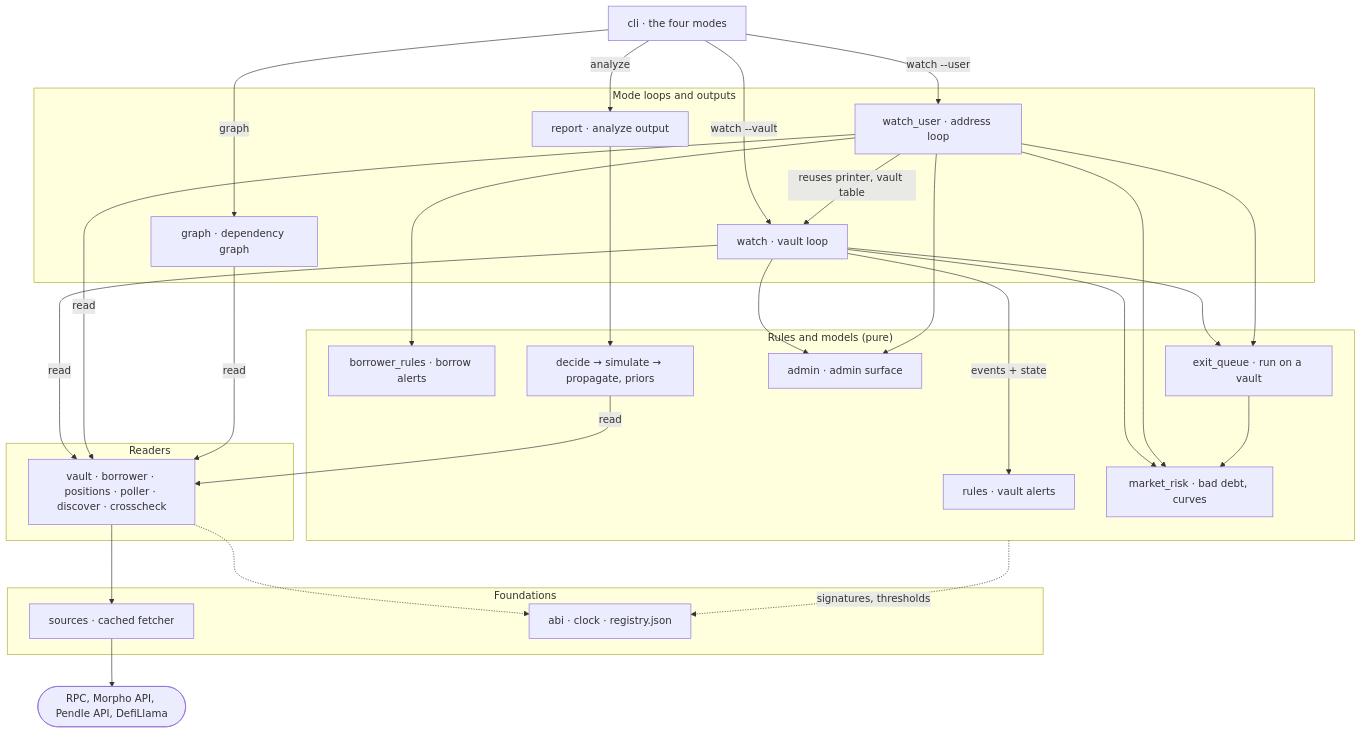
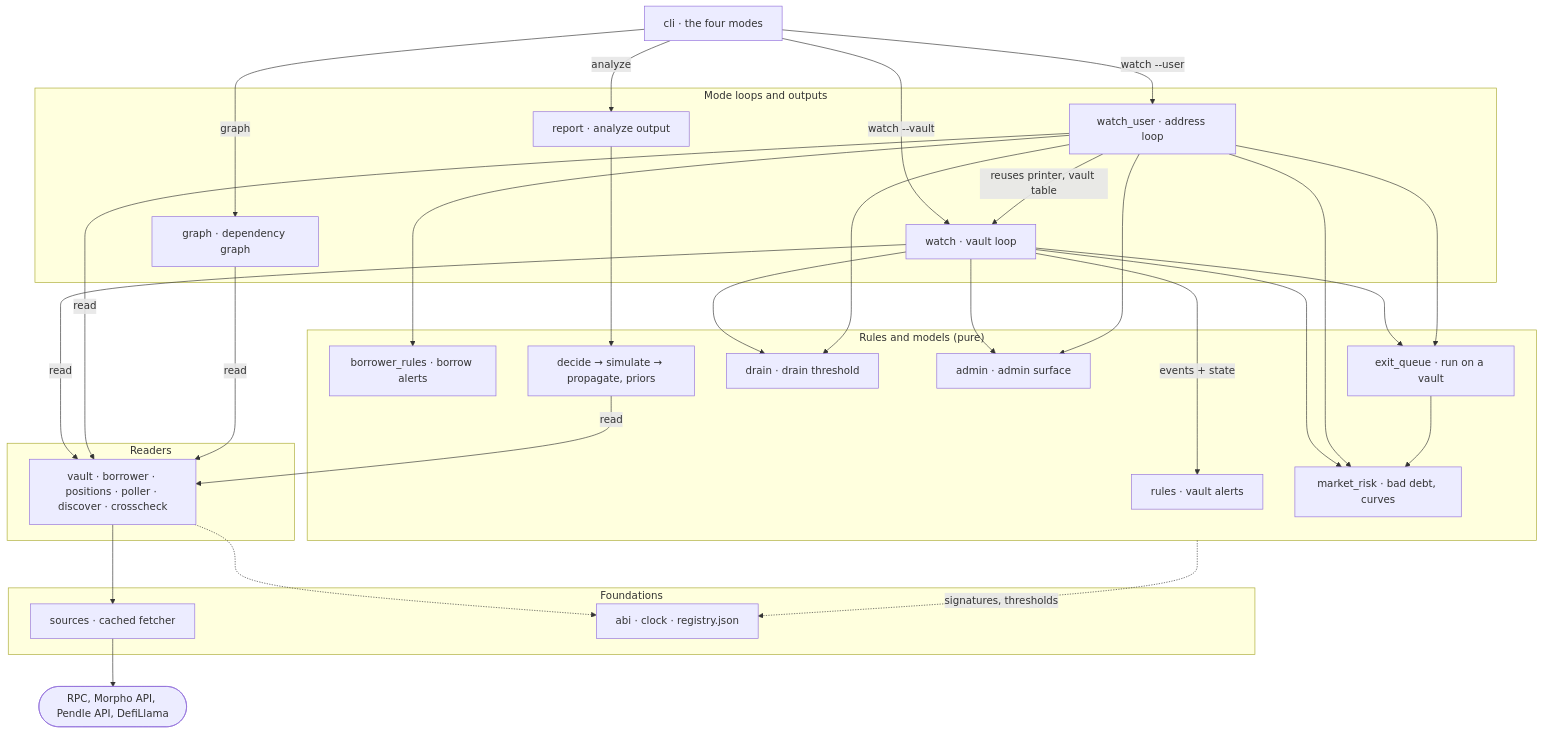
One commit to rya-sge/defi-monitoring changed the first of 3 diagrams in ARCHITECTURE.md. Above: the diagram before and after it, drawn with Mermaid. The commit also changed other lines of this file and 18 other files, not shown here.

Commit message:
feat: add drain threshold per vault market with DrainWindow alert, Public Allocator inflow and exit-queue reduction

````diff
--- a/ARCHITECTURE.md
+++ b/ARCHITECTURE.md
@@ -35,50 +35,53 @@
 ```mermaid
 flowchart TB
   cli["cli · the four modes"]
   subgraph Loops["Mode loops and outputs"]
     watch["watch · vault loop"]
     watch_user["watch_user · address loop"]
     report["report · analyze output"]
     graphmod["graph · dependency graph"]
   end
   subgraph Rules["Rules and models (pure)"]
     rules["rules · vault alerts"]
     borrower_rules["borrower_rules · borrow alerts"]
     market_risk["market_risk · bad debt, curves"]
     exit_queue["exit_queue · run on a vault"]
+    drain["drain · drain threshold"]
     admin["admin · admin surface"]
     model["decide → simulate → propagate, priors"]
   end
   subgraph Readers["Readers"]
     readers["vault · borrower · positions · poller · discover · crosscheck"]
   end
   subgraph Base["Foundations"]
     sources["sources · cached fetcher"]
     base["abi · clock · registry.json"]
   end
   net(["RPC, Morpho API, Pendle API, DefiLlama"])
 
   cli -->|"watch --vault"| watch
   cli -->|"watch --user"| watch_user
   cli -->|"analyze"| report
   cli -->|"graph"| graphmod
   watch_user -->|"reuses printer, vault table"| watch
   watch -->|"events + state"| rules
   watch --> market_risk
   watch --> exit_queue
+  watch --> drain
   watch_user --> borrower_rules
   watch_user --> market_risk
   watch_user --> exit_queue
+  watch_user --> drain
   exit_queue --> market_risk
   watch --> admin
   watch_user --> admin
   report --> model
   watch -->|"read"| readers
   watch_user -->|"read"| readers
   graphmod -->|"read"| readers
   model -->|"read"| readers
   readers --> sources
   sources --> net
   Rules -.->|"signatures, thresholds"| base
   readers -.-> base
 ```
````
